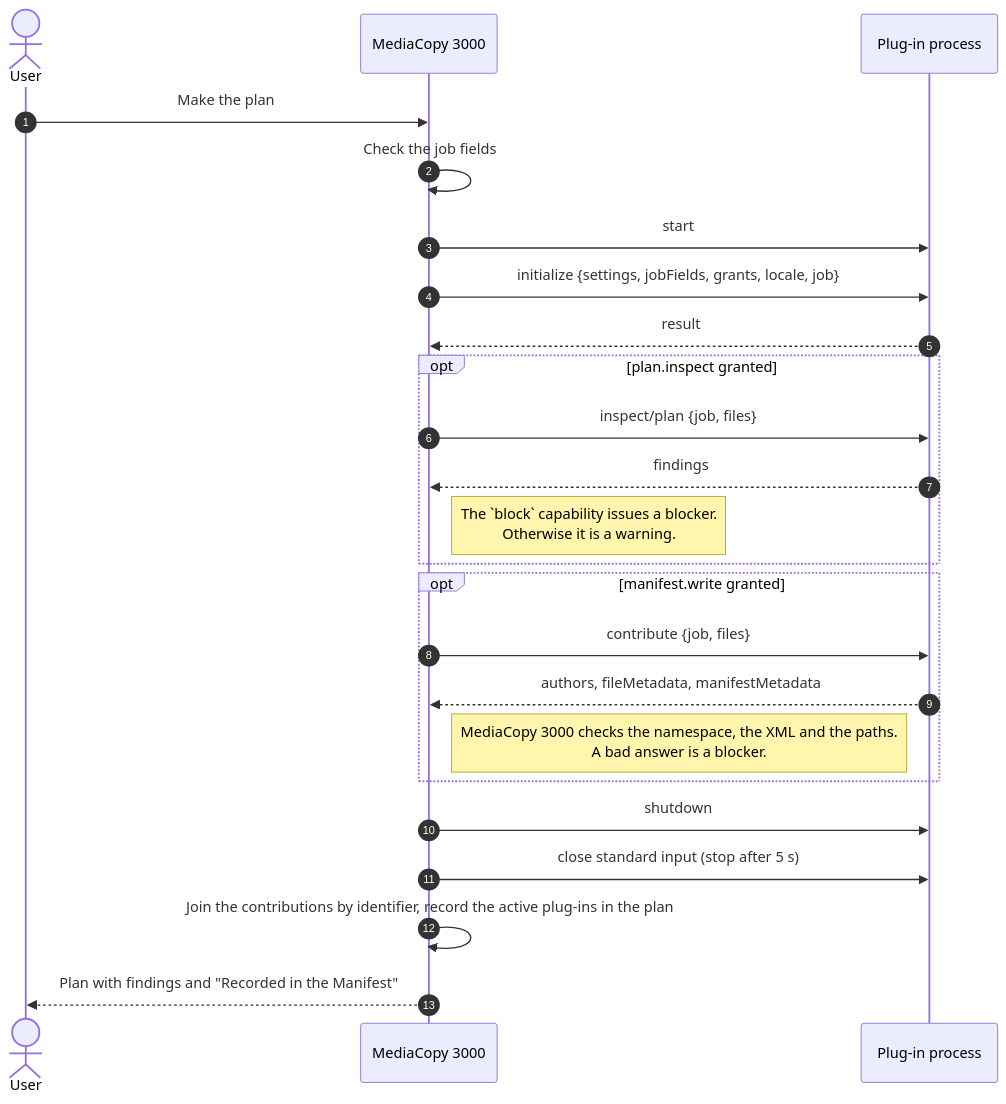
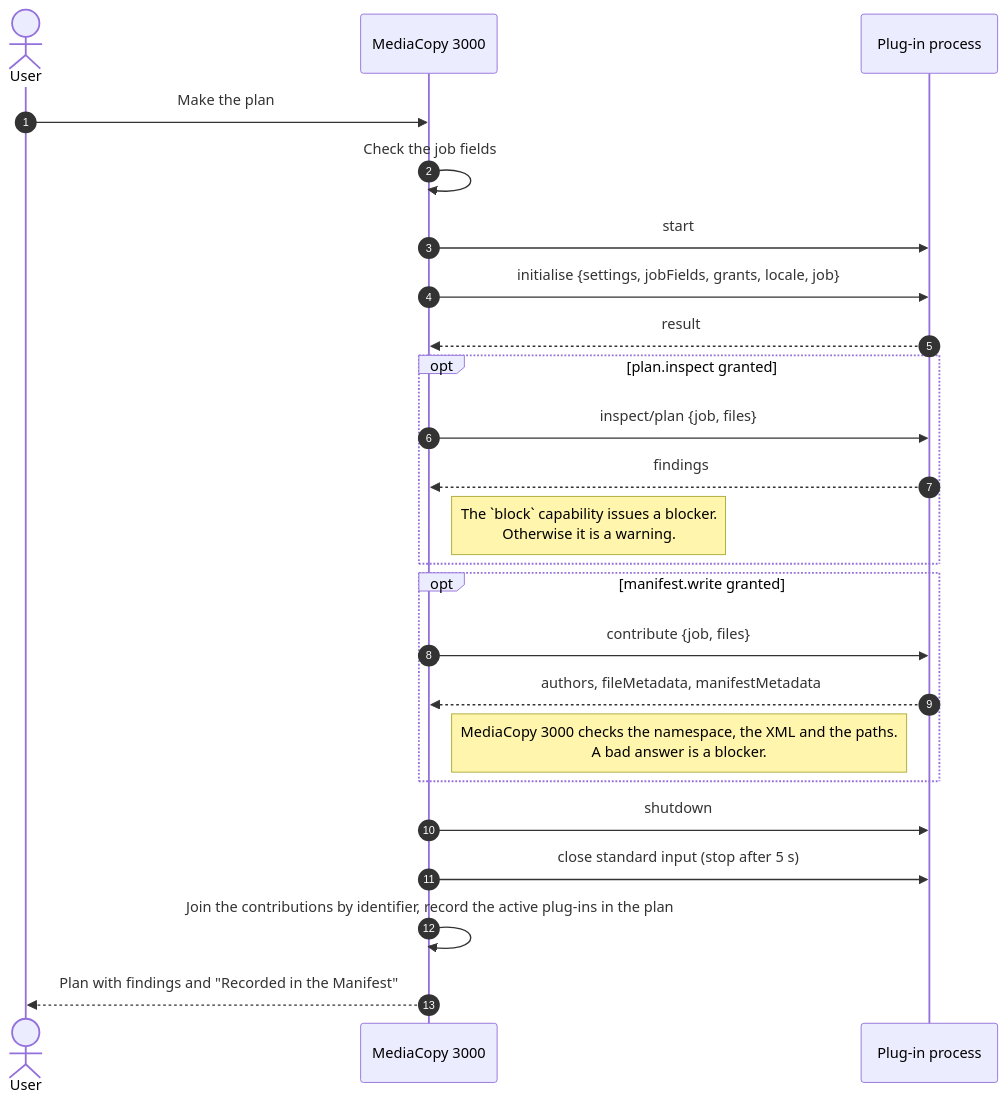
The second of 4 diagrams in manual/en/plugins.md (Floreal-Technologies/MediaCopy3000), drawn with Mermaid before and after one commit. The commit also changed other lines of this file and 55 other files, not shown here.

````diff
--- a/manual/en/plugins.md
+++ b/manual/en/plugins.md
@@ -289,27 +289,27 @@
 ```mermaid
 sequenceDiagram
     autonumber
     actor User
     participant MC3K as MediaCopy 3000
     participant Plugin as Plug-in process
 
     User->>MC3K: Make the plan
     MC3K->>MC3K: Check the job fields
     MC3K->>Plugin: start
-    MC3K->>Plugin: initialize {settings, jobFields, grants, locale, job}
+    MC3K->>Plugin: initialise {settings, jobFields, grants, locale, job}
     Plugin-->>MC3K: result
     opt plan.inspect granted
         MC3K->>Plugin: inspect/plan {job, files}
         Plugin-->>MC3K: findings
         note right of MC3K: The `block` capability issues a blocker.<br/>Otherwise it is a warning.
     end
     opt manifest.write granted
         MC3K->>Plugin: contribute {job, files}
         Plugin-->>MC3K: authors, fileMetadata, manifestMetadata
         note right of MC3K: MediaCopy 3000 checks the namespace, the XML and the paths.<br/>A bad answer is a blocker.
     end
     MC3K->>Plugin: shutdown
     MC3K->>Plugin: close standard input (stop after 5 s)
     MC3K->>MC3K: Join the contributions by identifier, record the active plug-ins in the plan
     MC3K-->>User: Plan with findings and "Recorded in the Manifest"
 ```
````
